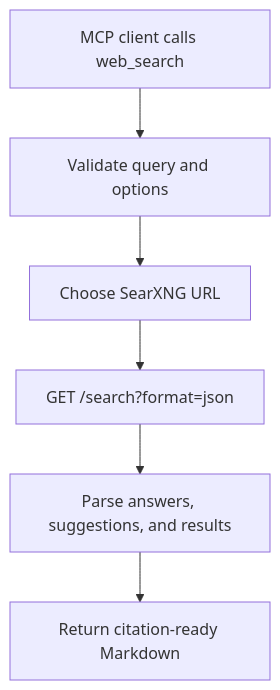
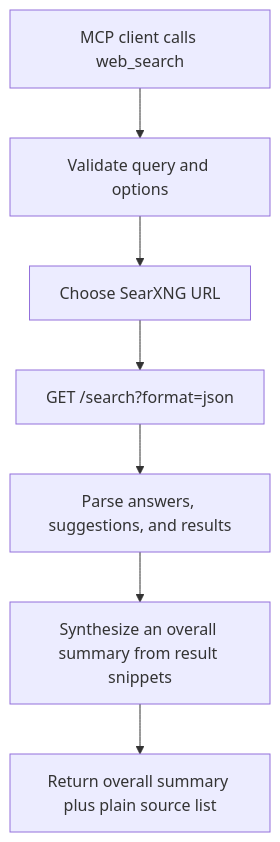
One commit to mymacmeet-crypto/local-mcp changed the diagram in docs/web_search.md. Above: the diagram before and after it, drawn with Mermaid. The commit also changed other lines of this file and 5 other files, not shown here.

Commit message:
feat: update web search tool to return overall summary and plain source list

````diff
--- a/docs/web_search.md
+++ b/docs/web_search.md
@@ -15,8 +15,9 @@
 ```mermaid
 flowchart TD
     A[MCP client calls web_search] --> B[Validate query and options]
     B --> C[Choose SearXNG URL]
     C --> D[GET /search?format=json]
     D --> E[Parse answers, suggestions, and results]
-    E --> F[Return citation-ready Markdown]
+    E --> F[Synthesize an overall summary from result snippets]
+    F --> G[Return overall summary plus plain source list]
 ```
````
